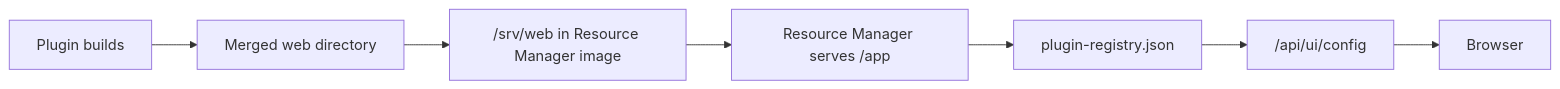
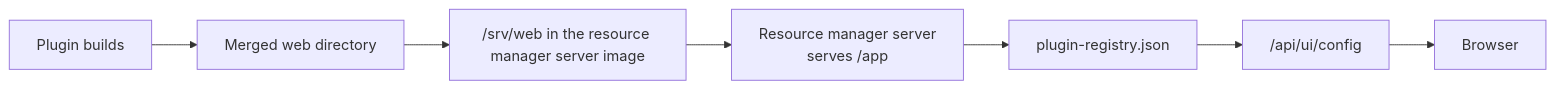
The first of 4 diagrams in docs/design/client-asset-separation.md (fleetshift/fleetshift-poc), drawn with Mermaid before and after one commit. The commit also changed other lines of this file and 139 other files, not shown here.

Commit message:
Clarify platform, architecture, and resource manager terminology

````diff
--- a/docs/design/client-asset-separation.md
+++ b/docs/design/client-asset-separation.md
@@ -34,9 +34,9 @@
 ```mermaid
 flowchart LR
     Build[Plugin builds] --> Merge[Merged web directory]
-    Merge --> Image["/srv/web in Resource Manager image"]
-    Image --> RM["Resource Manager serves /app"]
+    Merge --> Image["/srv/web in the resource manager server image"]
+    Image --> RM["Resource manager server<br/>serves /app"]
     RM --> Registry["plugin-registry.json"]
     Registry --> Config["/api/ui/config"]
     Config --> Browser[Browser]
 ```
````
